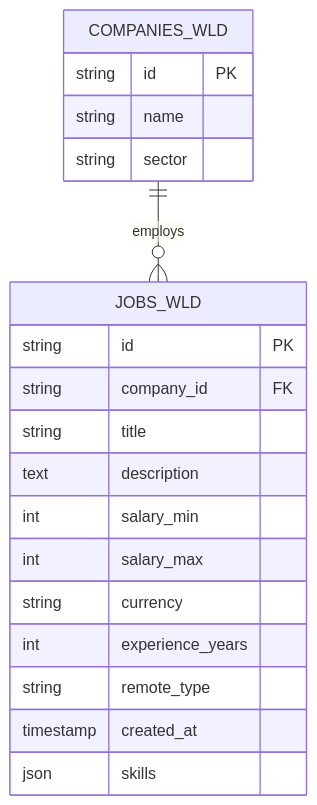
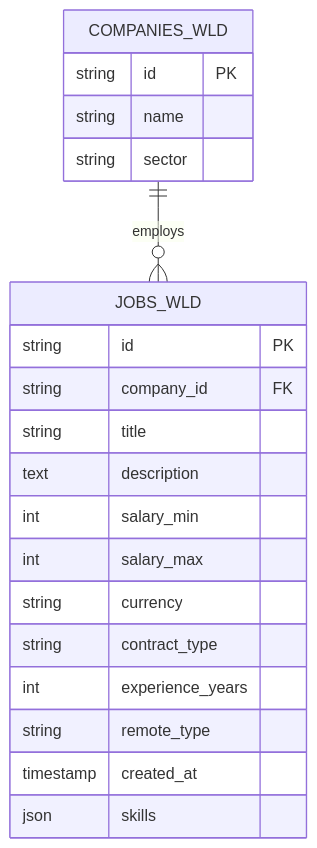
One commit to MeghCH/Job-Aggregator-DevJob changed the first of 2 diagrams in docs/init.md. Above: the diagram before and after it, drawn with Mermaid. The commit also changed other lines of this file and 1 other file, not shown here.

Commit message:
fix : fix contract db

````diff
--- a/docs/init.md
+++ b/docs/init.md
@@ -10,24 +10,25 @@
 ```mermaid
 erDiagram
     COMPANIES_WLD ||--o{ JOBS_WLD : "employs"
     
     COMPANIES_WLD {
         string id PK
         string name
         string sector
     }
 
     JOBS_WLD {
         string id PK
         string company_id FK
         string title
         text description
         int salary_min
         int salary_max
         string currency
+        string contract_type
         int experience_years
         string remote_type
         timestamp created_at
         json skills
     }
 ```
````
